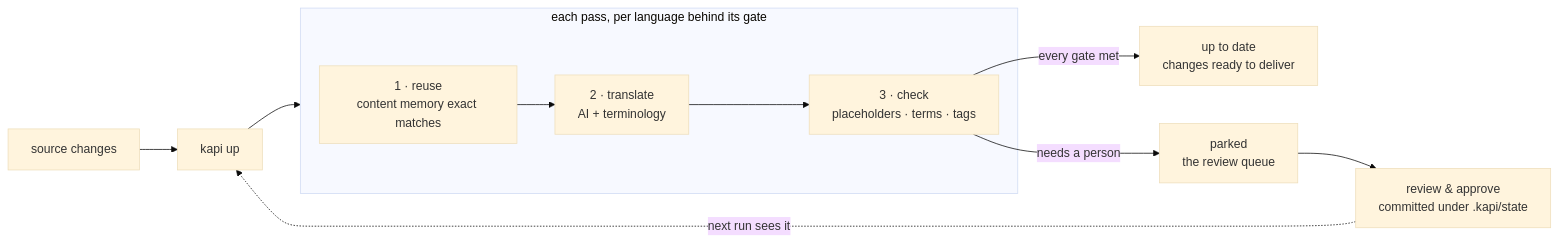
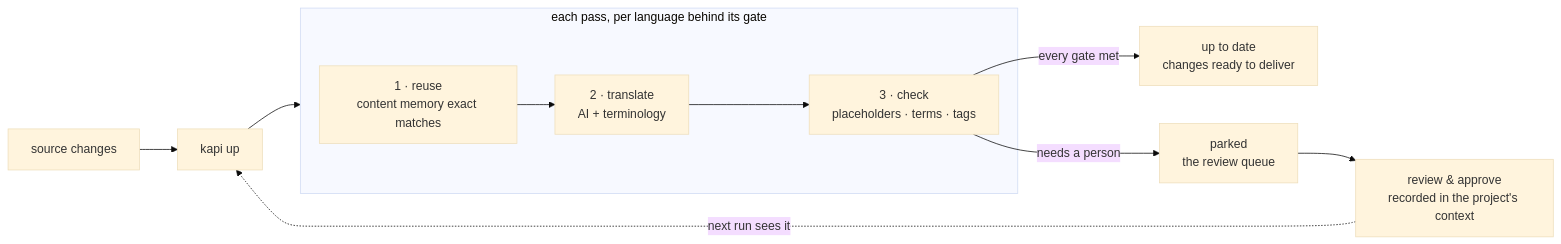
The diagram in README.md (neokapi/kapi-action), drawn with Mermaid (base theme) before and after one commit. The commit also changed other lines of this file and 1 other file, not shown here.

````diff
--- a/README.md
+++ b/README.md
@@ -76,12 +76,12 @@
 ```mermaid
 flowchart LR
     S[source changes] --> U[kapi up]
     subgraph PASS ["each pass, per language behind its gate"]
         MEM["1 · reuse<br/>content memory exact matches"] --> AI["2 · translate<br/>AI + terminology"] --> CK["3 · check<br/>placeholders · terms · tags"]
     end
     U --> PASS
     CK -->|every gate met| CV["up to date<br/>changes ready to deliver"]
     CK -->|needs a person| PK["parked<br/>the review queue"]
-    PK --> RV["review & approve<br/>committed under .kapi/state"]
+    PK --> RV["review & approve<br/>recorded in the project's context"]
     RV -.->|next run sees it| U
 ```
````
